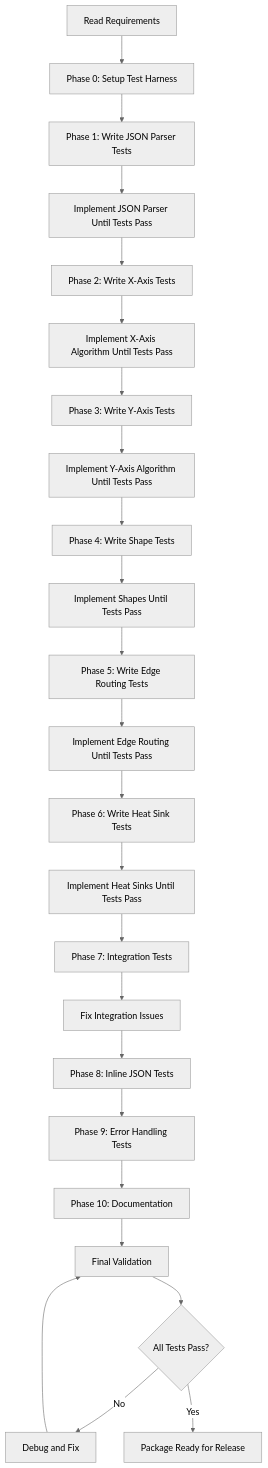
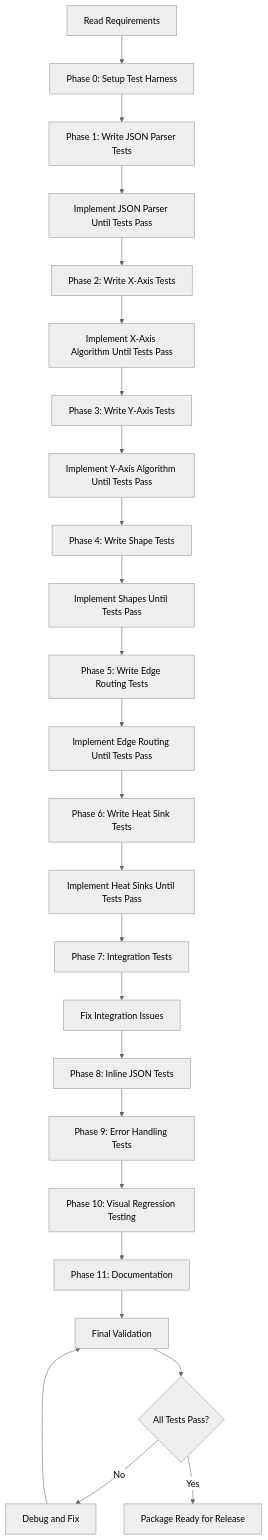
One commit to sholtomaud/latex-energese changed the diagram in AGENTS.md. Above: the diagram before and after it, drawn with Mermaid (neutral theme). The commit also changed other lines of this file and 7 other files, not shown here.

````diff
--- a/AGENTS.md
+++ b/AGENTS.md
@@ -937,26 +1338,27 @@
 ```mermaid
 graph TD
     A[Read Requirements] --> B[Phase 0: Setup Test Harness]
     B --> C[Phase 1: Write JSON Parser Tests]
     C --> D[Implement JSON Parser Until Tests Pass]
     D --> E[Phase 2: Write X-Axis Tests]
     E --> F[Implement X-Axis Algorithm Until Tests Pass]
     F --> G[Phase 3: Write Y-Axis Tests]
     G --> H[Implement Y-Axis Algorithm Until Tests Pass]
     H --> I[Phase 4: Write Shape Tests]
     I --> J[Implement Shapes Until Tests Pass]
     J --> K[Phase 5: Write Edge Routing Tests]
     K --> L[Implement Edge Routing Until Tests Pass]
     L --> M[Phase 6: Write Heat Sink Tests]
     M --> N[Implement Heat Sinks Until Tests Pass]
     N --> O[Phase 7: Integration Tests]
     O --> P[Fix Integration Issues]
     P --> Q[Phase 8: Inline JSON Tests]
     Q --> R[Phase 9: Error Handling Tests]
-    R --> S[Phase 10: Documentation]
-    S --> T[Final Validation]
-    T --> U{All Tests Pass?}
-    U -->|No| V[Debug and Fix]
-    V --> T
-    U -->|Yes| W[Package Ready for Release]
+    R --> S[Phase 10: Visual Regression Testing]
+    S --> T[Phase 11: Documentation]
+    T --> U[Final Validation]
+    U --> V{All Tests Pass?}
+    V -->|No| W[Debug and Fix]
+    W --> U
+    V -->|Yes| X[Package Ready for Release]
 ```
````
